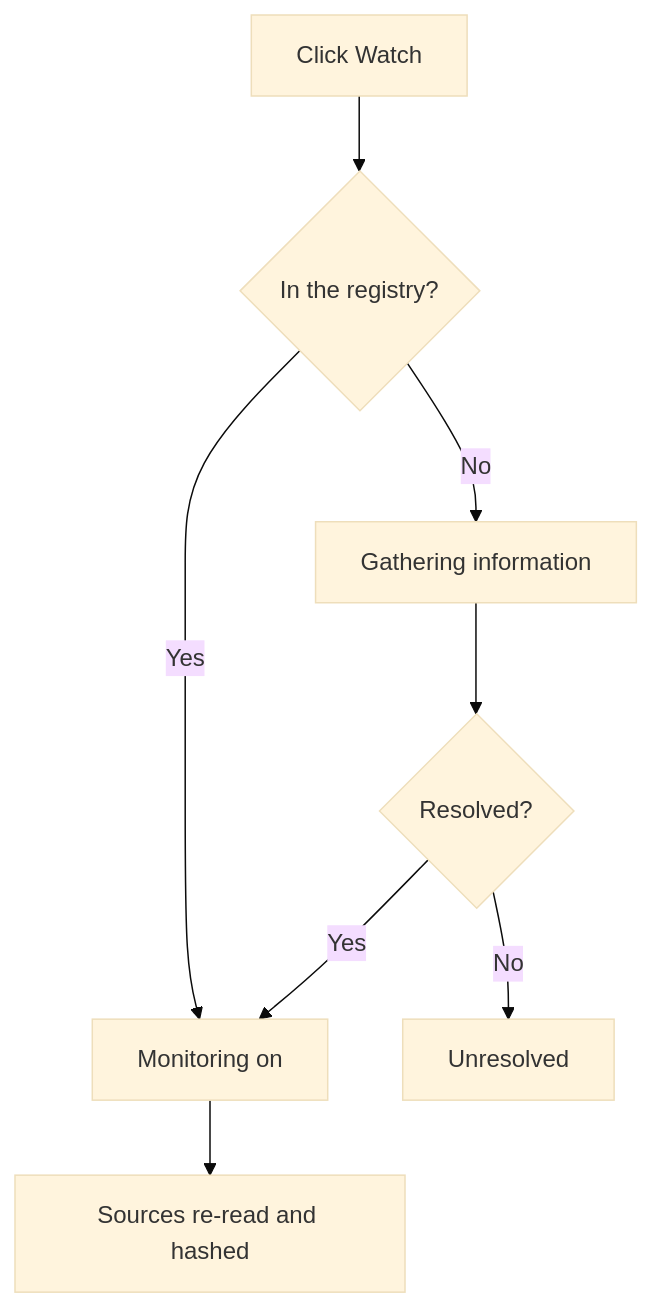
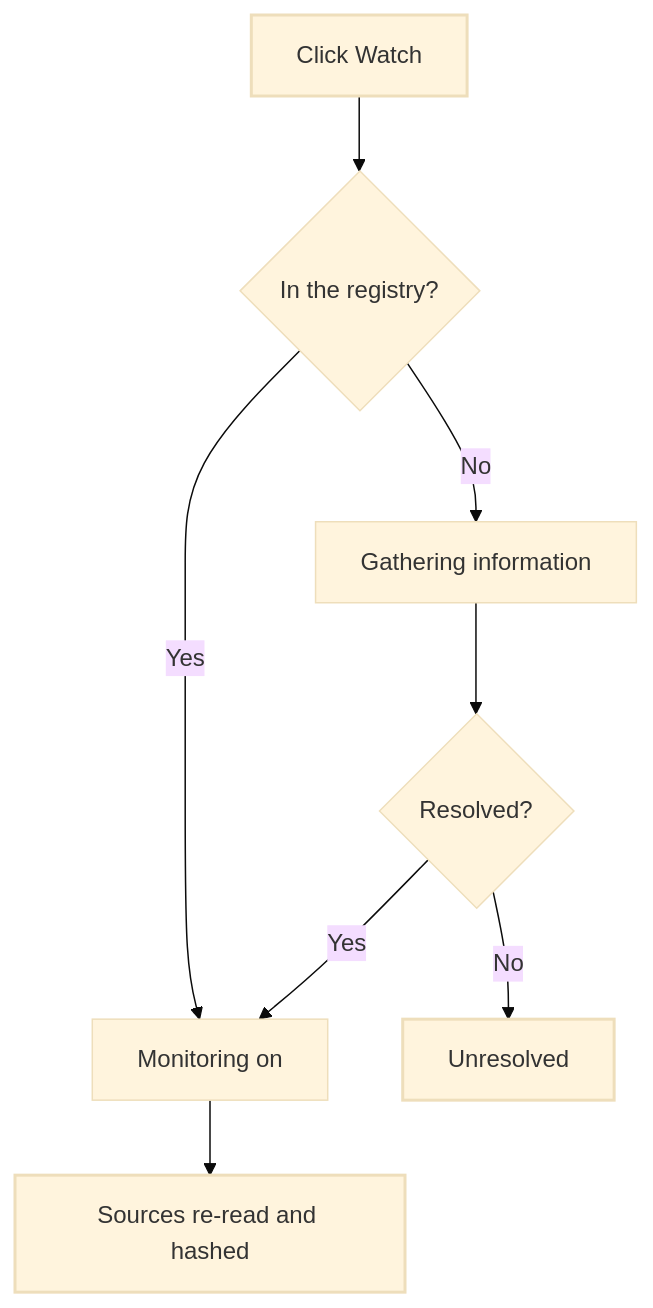
One commit to blupryntco/docs changed the diagram in tools/monitoring/watchlist.mdx. Above: the diagram before and after it, drawn with Mermaid (base theme). The commit also changed 54 other files, not shown here.

Commit message:
Diagrams in site palette with dark mode; Developers overview for SDK + both APIs

````diff
--- a/tools/monitoring/watchlist.mdx
+++ b/tools/monitoring/watchlist.mdx
@@ -20,10 +20,14 @@
 ```mermaid
 flowchart TD
     A[Click Watch] --> B{In the registry?}
     B -->|Yes| C[Monitoring on]
     B -->|No| D[Gathering information]
     D --> E{Resolved?}
     E -->|Yes| C
     E -->|No| F[Unresolved]
     C --> G[Sources re-read and hashed]
+classDef start stroke-width:2px
+classDef done stroke-width:2px
+class A start
+class F,G done
 ```
````
